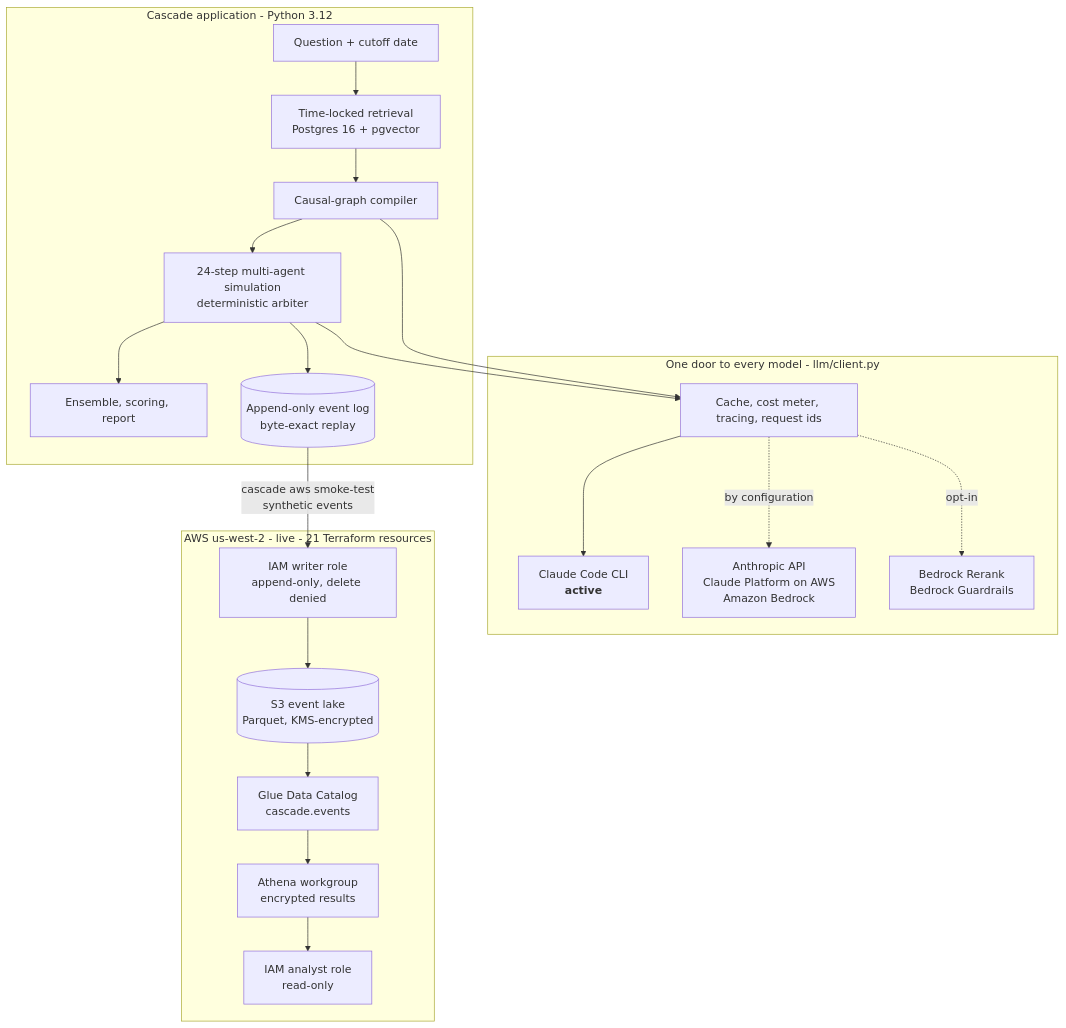
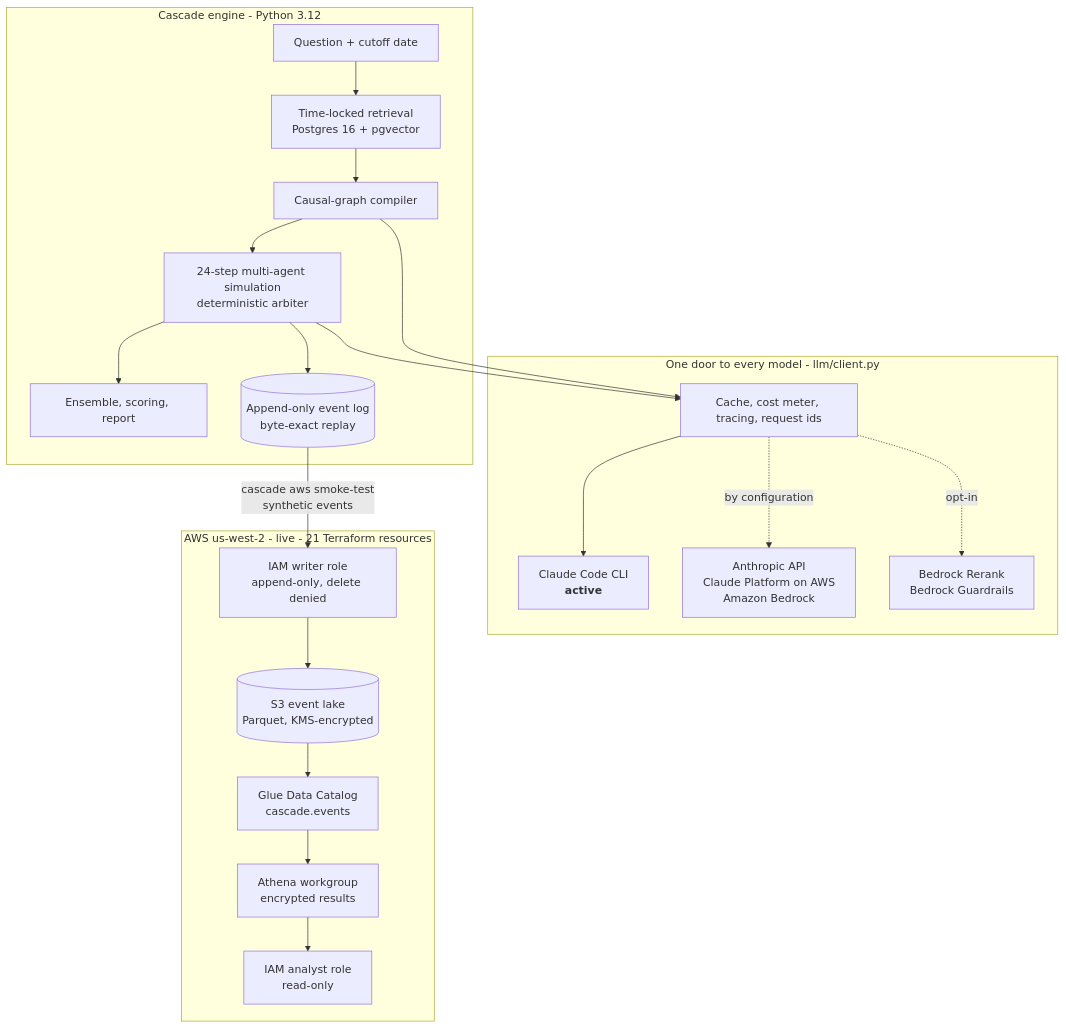
The diagram in README.md (harshkvpatil98/hindcast), drawn with Mermaid before and after one commit. The commit also changed other lines of this file and 24 other files, not shown here.

````diff
--- a/README.md
+++ b/README.md
@@ -91,28 +98,28 @@
 ```mermaid
 flowchart TB
-  subgraph APP["Cascade application - Python 3.12"]
+  subgraph APP["Cascade engine - Python 3.12"]
     Q["Question + cutoff date"] --> R["Time-locked retrieval<br/>Postgres 16 + pgvector"]
     R --> G["Causal-graph compiler"]
     G --> SIM["24-step multi-agent simulation<br/>deterministic arbiter"]
     SIM --> EV["Ensemble, scoring, report"]
     SIM --> LOG[("Append-only event log<br/>byte-exact replay")]
   end
 
   subgraph LLM["One door to every model - llm/client.py"]
     DOOR["Cache, cost meter, tracing, request ids"]
     DOOR --> CLI["Claude Code CLI<br/><b>active</b>"]
     DOOR -. "by configuration" .-> ALT["Anthropic API<br/>Claude Platform on AWS<br/>Amazon Bedrock"]
     DOOR -. "opt-in" .-> RG["Bedrock Rerank<br/>Bedrock Guardrails"]
   end
 
   subgraph AWS["AWS us-west-2 - live - 21 Terraform resources"]
     W["IAM writer role<br/>append-only, delete denied"] --> S3[("S3 event lake<br/>Parquet, KMS-encrypted")]
     S3 --> GL["Glue Data Catalog<br/>cascade.events"]
     GL --> ATH["Athena workgroup<br/>encrypted results"]
     ATH --> AN["IAM analyst role<br/>read-only"]
   end
 
   G --> DOOR
   SIM --> DOOR
   LOG -->|"cascade aws smoke-test<br/>synthetic events"| W
 ```
````
